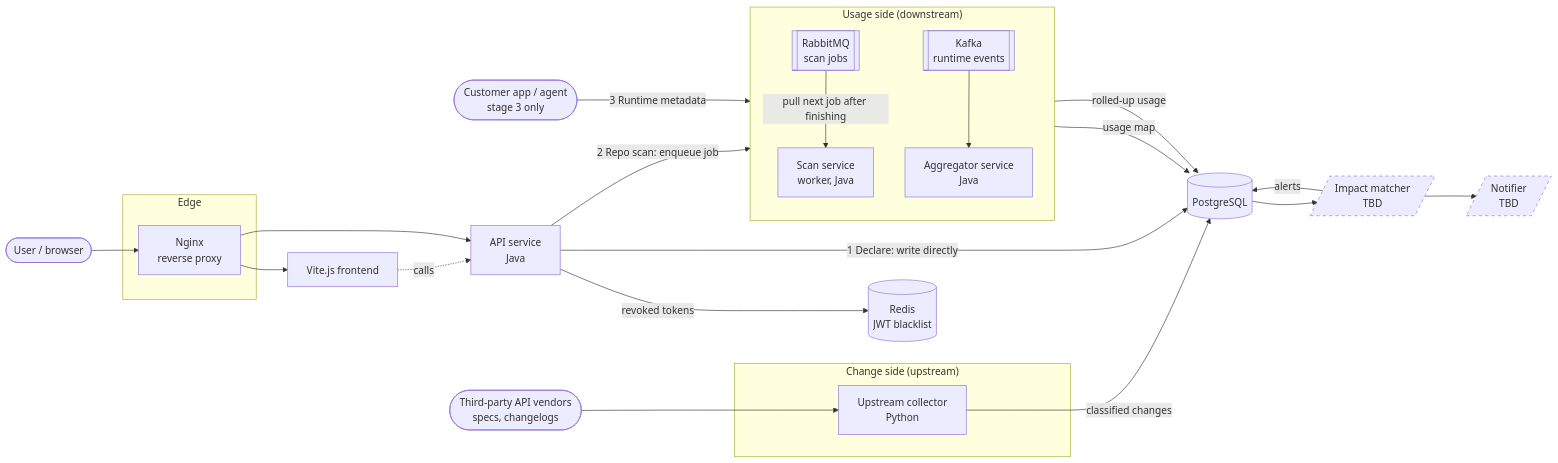
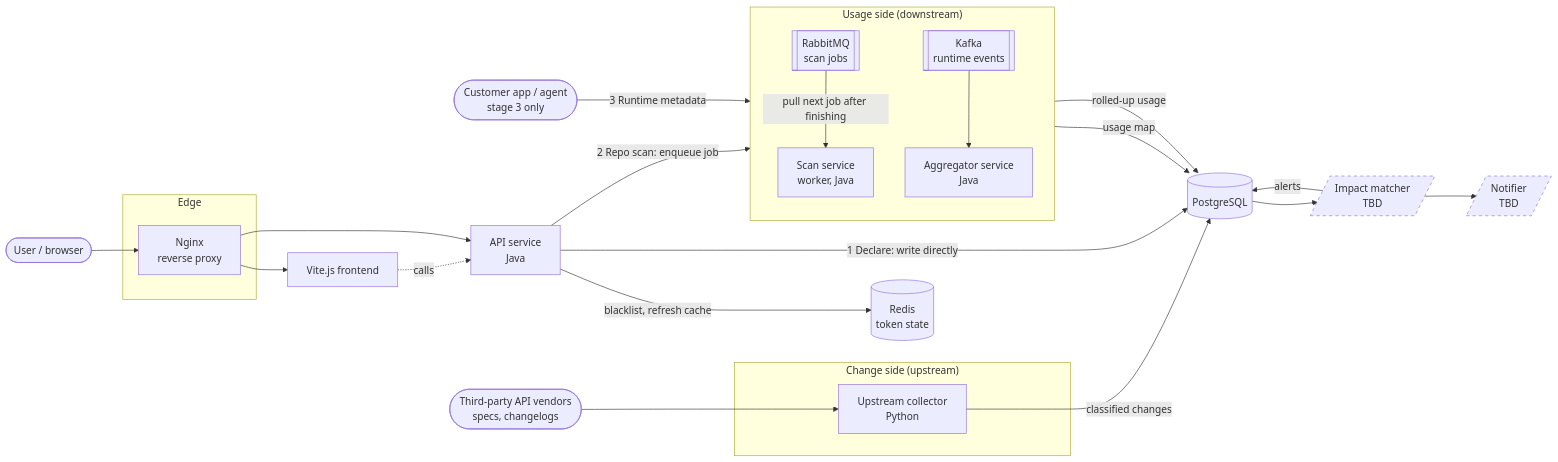
Before and after one commit to mukundangopalachary/driftline: the diagram in docs/architecture.md, drawn with Mermaid.

Commit message:
docs: update Redis diagram label

````diff
--- a/docs/architecture.md
+++ b/docs/architecture.md
@@ -11,57 +11,57 @@
 ```mermaid
 flowchart LR
     User([User / browser])
     CLIENT([Customer app / agent<br/>stage 3 only])
 
     subgraph Edge
         NGINX[Nginx<br/>reverse proxy]
     end
 
     UI[Vite.js frontend]
     API[API service<br/>Java]
 
     subgraph Usage["Usage side (downstream)"]
         direction TB
         RMQ[[RabbitMQ<br/>scan jobs]]
         SCAN[Scan service<br/>worker, Java]
         KAFKA[[Kafka<br/>runtime events]]
         AGG[Aggregator service<br/>Java]
     end
 
     subgraph Change["Change side (upstream)"]
         COLLECT[Upstream collector<br/>Python]
     end
 
     MATCH[/Impact matcher<br/>TBD/]
     NOTIFY[/Notifier<br/>TBD/]
     PG[(PostgreSQL)]
-    REDIS[(Redis<br/>JWT blacklist)]
+    REDIS[(Redis<br/>token state)]
     VENDOR([Third-party API vendors<br/>specs, changelogs])
 
     User --> NGINX --> UI
     NGINX --> API
     UI -. calls .-> API
-    API -- "revoked tokens" --> REDIS
+    API -- "blacklist, refresh cache" --> REDIS
 
     %% Input paths (hybrid)
     API -- "1 Declare: write directly" --> PG
     API -- "2 Repo scan: enqueue job" --> RMQ
     RMQ -- "pull next job after finishing" --> SCAN
     SCAN -- "usage map" --> PG
 
     CLIENT -- "3 Runtime metadata" --> KAFKA
     KAFKA --> AGG
     AGG -- "rolled-up usage" --> PG
 
     %% Upstream side
     VENDOR --> COLLECT
     COLLECT -- "classified changes" --> PG
 
     %% Join
     PG --> MATCH
     MATCH -- "alerts" --> PG
     MATCH --> NOTIFY
 
     classDef tbd stroke-dasharray: 5 5;
     class MATCH,NOTIFY tbd;
 ```
````
